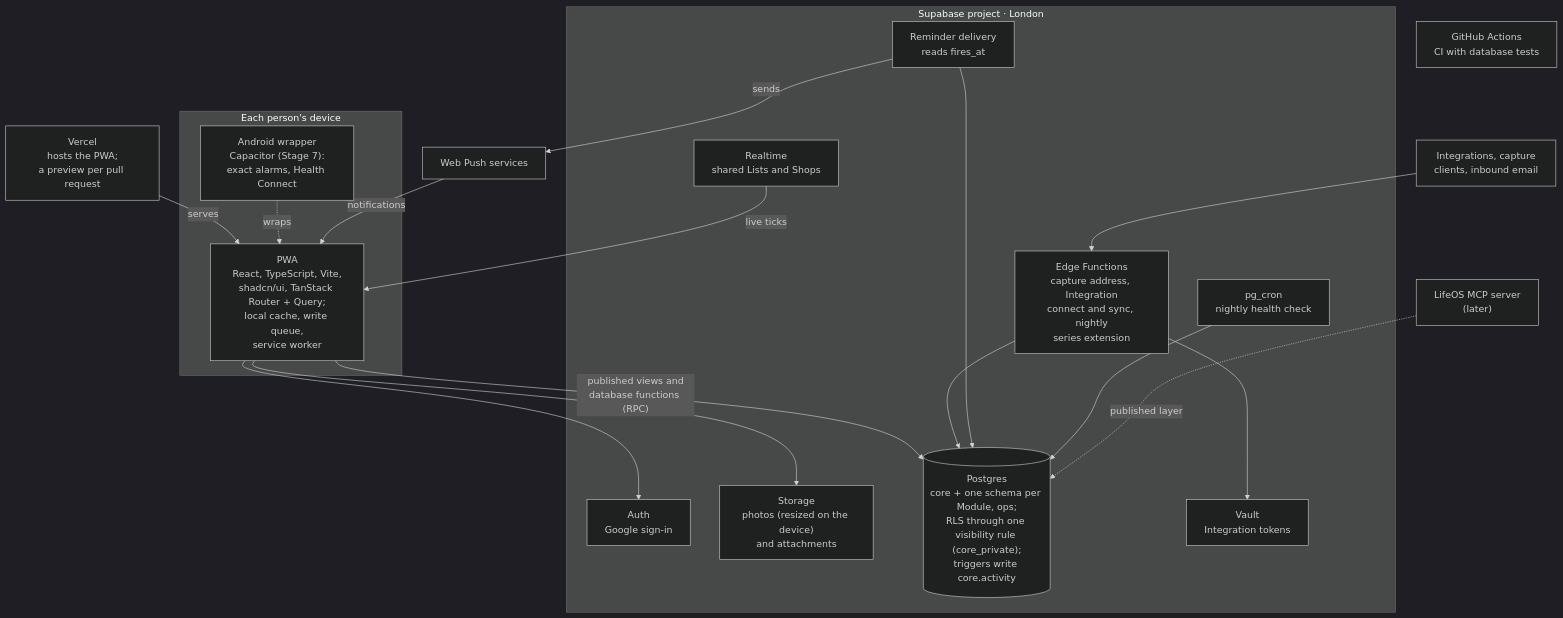
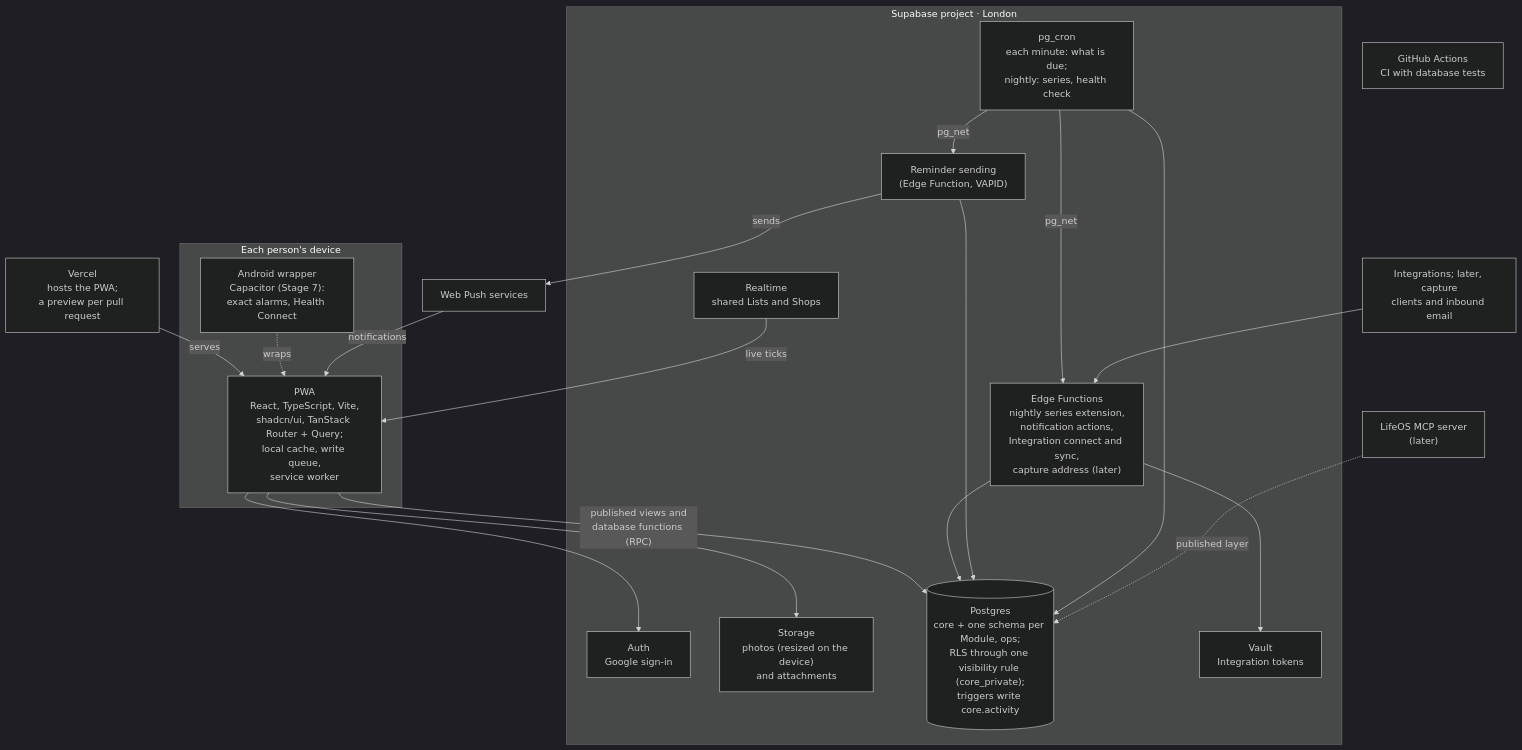
The second of 2 diagrams in docs/20-architecture/overview.md (joestables/lifeos), drawn with Mermaid (dark theme) before and after one commit. The commit also changed other lines of this file and 130 other files, not shown here.

First line of the commit message:
Stage 2, steps 1–5: specs, design, schema, working with Items (#3)

````diff
--- a/docs/20-architecture/overview.md
+++ b/docs/20-architecture/overview.md
@@ -42,40 +42,42 @@
 ```mermaid
 flowchart TB
   vercel["Vercel<br/>hosts the PWA;<br/>a preview per pull request"]
   pushsvc["Web Push services"]
 
   subgraph device["Each person's device"]
     pwa["PWA<br/>React, TypeScript, Vite,<br/>shadcn/ui, TanStack Router + Query;<br/>local cache, write queue,<br/>service worker"]
     android["Android wrapper<br/>Capacitor (Stage 7):<br/>exact alarms, Health Connect"]
   end
 
   subgraph supabase["Supabase project · London"]
     auth["Auth<br/>Google sign-in"]
     storage["Storage<br/>photos (resized on the device)<br/>and attachments"]
     realtime["Realtime<br/>shared Lists and Shops"]
     db[("Postgres<br/>core + one schema per Module, ops;<br/>RLS through one visibility rule (core_private);<br/>triggers write core.activity")]
-    edge["Edge Functions<br/>capture address, Integration<br/>connect and sync, nightly<br/>series extension"]
-    reminders["Reminder delivery<br/>reads fires_at"]
-    cron["pg_cron<br/>nightly health check"]
+    edge["Edge Functions<br/>nightly series extension,<br/>notification actions,<br/>Integration connect and sync,<br/>capture address (later)"]
+    reminders["Reminder sending<br/>(Edge Function, VAPID)"]
+    cron["pg_cron<br/>each minute: what is due;<br/>nightly: series, health check"]
     vault["Vault<br/>Integration tokens"]
   end
 
-  outside["Integrations, capture<br/>clients, inbound email"]
+  outside["Integrations; later, capture<br/>clients and inbound email"]
   mcp["LifeOS MCP server<br/>(later)"]
   gha["GitHub Actions<br/>CI with database tests"]
 
   vercel -- "serves" --> pwa
   android -. "wraps" .-> pwa
   pushsvc -- "notifications" --> pwa
   pwa --> auth
   pwa --> storage
   realtime -- "live ticks" --> pwa
   pwa -- "published views and<br/>database functions (RPC)" --> db
   edge --> db
   edge --> vault
   reminders --> db
   reminders -- "sends" --> pushsvc
   cron --> db
+  cron -- "pg_net" --> reminders
+  cron -- "pg_net" --> edge
   outside --> edge
   mcp -. "published layer" .-> db
 ```
````
